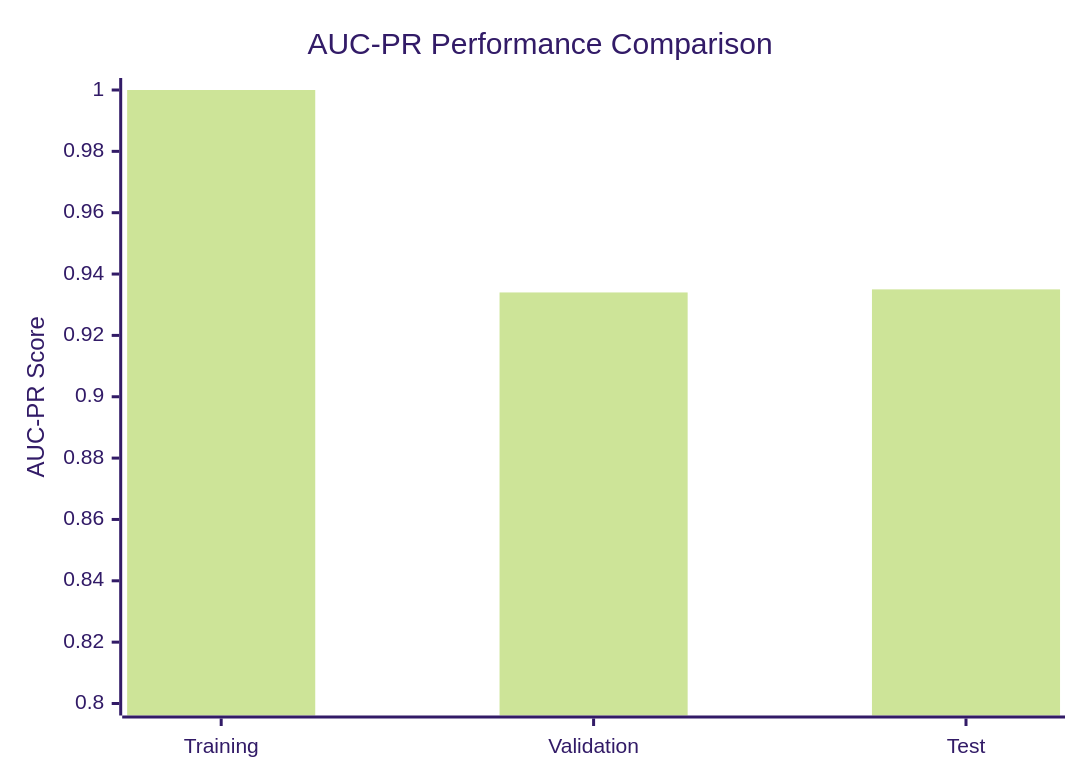
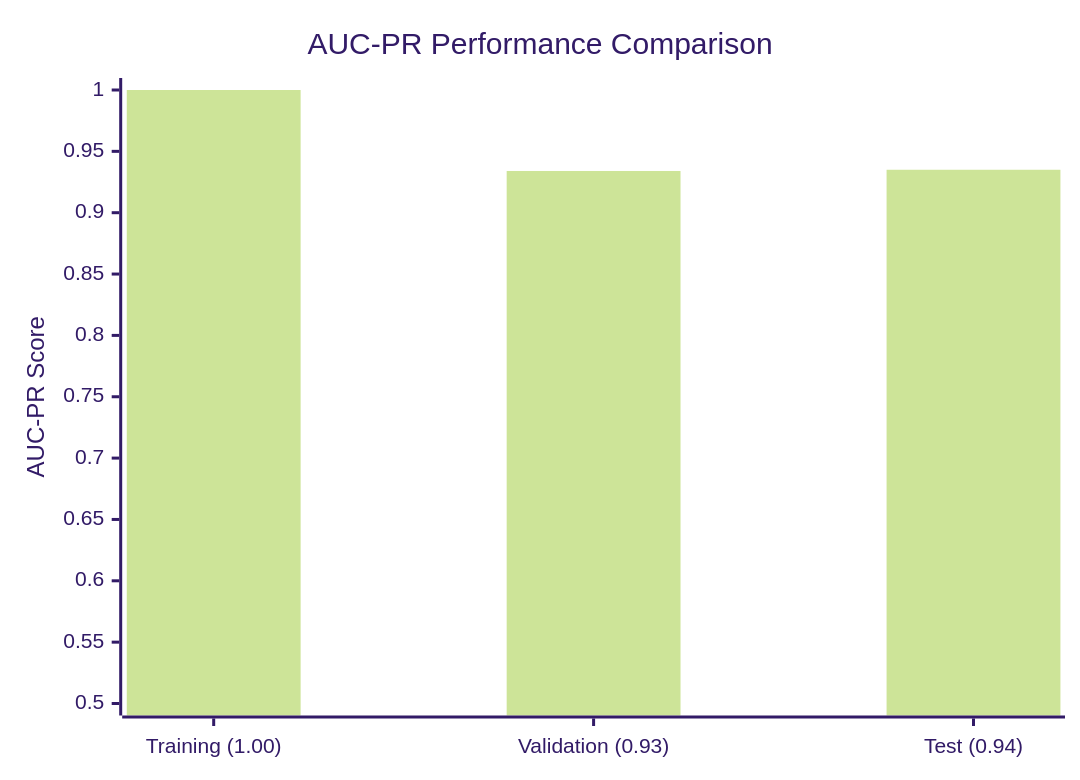
Before and after one commit to Daniel-Lachner-Piza/EEG_Characterizer_HFO: the first of 5 diagrams in README.md, drawn with Mermaid (forest theme). The commit also changed other lines of this file, not shown here.

````diff
--- a/README.md
+++ b/README.md
@@ -42,7 +42,7 @@
 ```mermaid
 xychart-beta
     title "AUC-PR Performance Comparison"
-    x-axis ["Training", "Validation", "Test"]
-    y-axis "AUC-PR Score" 0.8 --> 1.0
+    x-axis ["Training (1.00)", "Validation (0.93)", "Test (0.94)"]
+    y-axis "AUC-PR Score" 0.5 --> 1.0
     bar [1.000, 0.934, 0.935]
 ```
````
